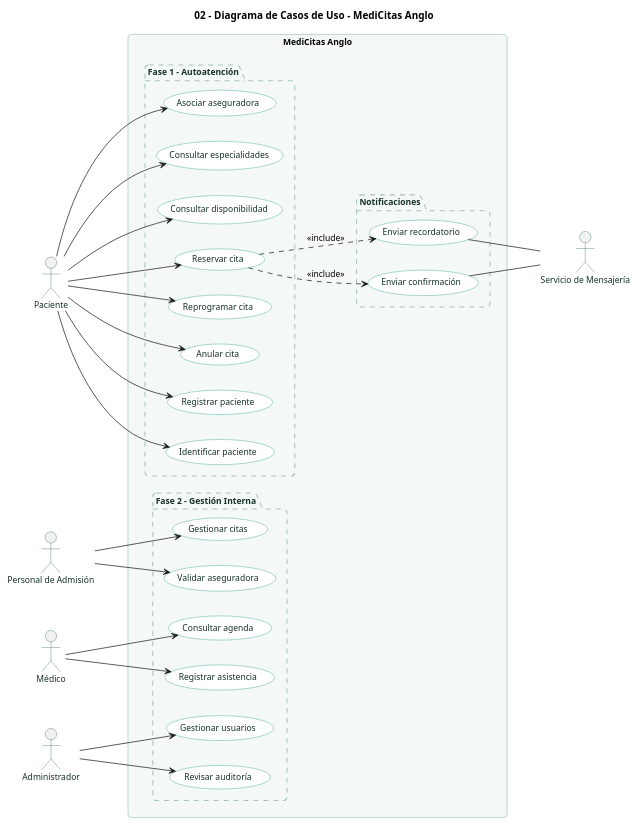
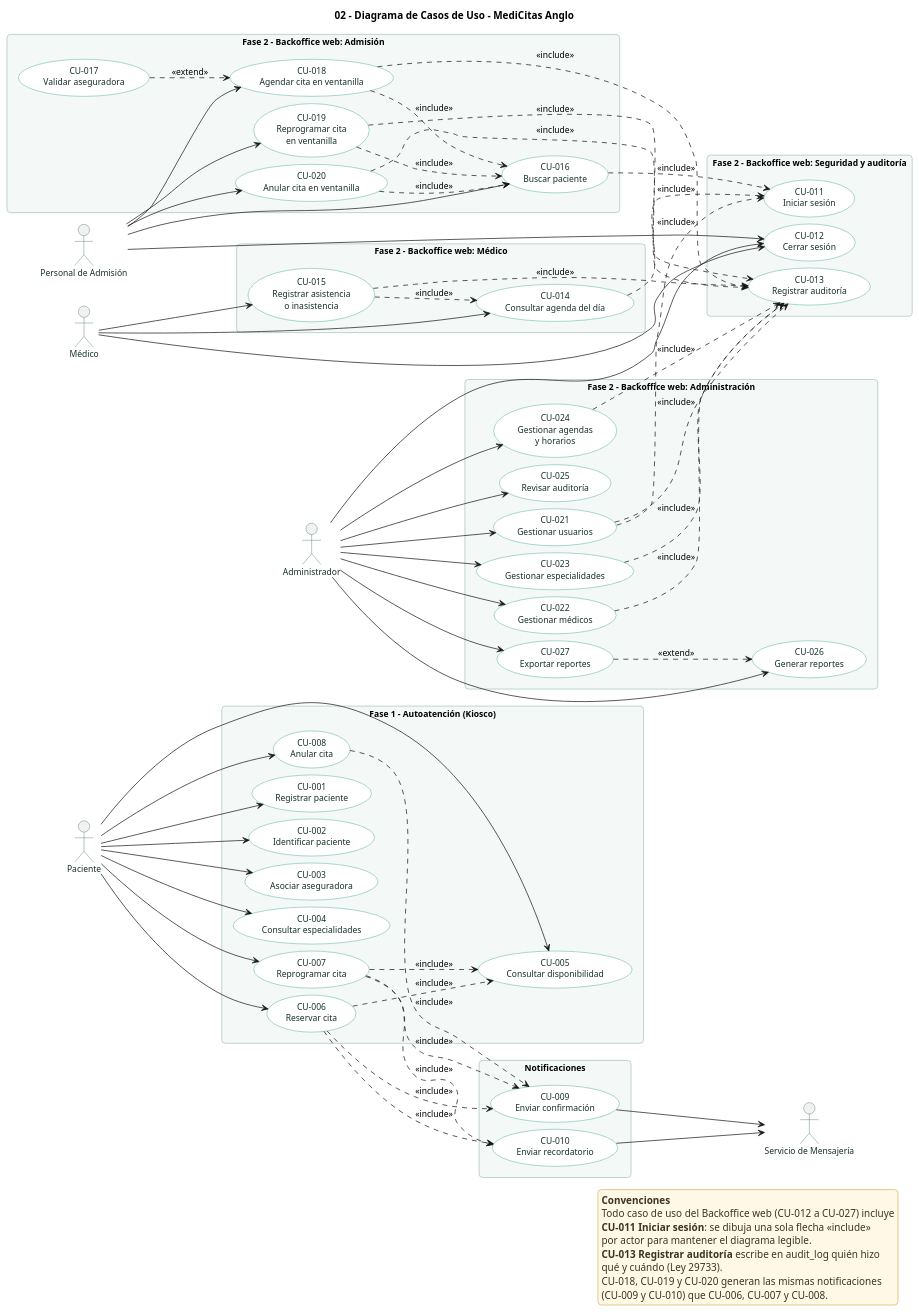
Before and after one commit to Jimena-CC/ProyectoCitasMedicas: the diagram in docs/diagrams/02-use-case-diagram.puml, drawn with PlantUML.

Commit message:
docs(diagrams): agregar identificadores CU y casos de uso del backoffice
Cada caso de uso lleva CU-001 a CU-027, el Administrador se conecta a
todos sus casos de uso y se agregan los de seguridad, médico y admisión
con relaciones include/extend.

```diff
--- a/docs/diagrams/02-use-case-diagram.puml
+++ b/docs/diagrams/02-use-case-diagram.puml
@@ -1,87 +1,177 @@
 @startuml
 title 02 - Diagrama de Casos de Uso - MediCitas Anglo
 
 left to right direction
 
 skinparam shadowing false
 skinparam roundCorner 10
 skinparam defaultFontName "Helvetica"
 skinparam defaultFontSize 12
+skinparam nodesep 10
+skinparam ranksep 60
+skinparam packageStyle rectangle
 
 skinparam actor {
   BorderColor #2F5D56
   FontColor #17302B
 }
 
 skinparam usecase {
   BackgroundColor #FFFFFF
   BorderColor #13917D
   FontColor #17302B
 }
 
 skinparam package {
   BackgroundColor #F4F8F7
   BorderColor #A9C4BD
   FontColor #17302B
   BorderStyle dashed
 }
 
-rectangle "MediCitas Anglo" {
-
-  package "Fase 1 - Autoatención" {
-    usecase "Registrar paciente" as UC01
-    usecase "Identificar paciente" as UC02
-    usecase "Asociar aseguradora" as UC03
-    usecase "Consultar especialidades" as UC04
-    usecase "Consultar disponibilidad" as UC05
-    usecase "Reservar cita" as UC06
-    usecase "Reprogramar cita" as UC07
-    usecase "Anular cita" as UC08
-  }
-
-  package "Fase 2 - Gestión Interna" {
-    usecase "Gestionar citas" as UC11
-    usecase "Validar aseguradora" as UC12
-    usecase "Consultar agenda" as UC13
-    usecase "Registrar asistencia" as UC14
-    usecase "Gestionar usuarios" as UC15
-    usecase "Revisar auditoría" as UC16
-  }
-
-  package "Notificaciones" {
-    usecase "Enviar confirmación" as UC09
-    usecase "Enviar recordatorio" as UC10
-  }
+skinparam legend {
+  BackgroundColor #FFF8E6
+  BorderColor #D9B45A
+  FontColor #3D3321
 }
 
-actor Paciente
+' ---------------------------------------------------------------
+' Actores (los internos usan el Backoffice web; el Paciente, el Kiosco)
+' ---------------------------------------------------------------
+actor Paciente as Paciente
 actor "Personal de Admisión" as Admision
-actor Médico
-actor Administrador
+actor Médico as Medico
+actor Administrador as Admin
 actor "Servicio de Mensajería" as Mensajeria
 
+' ---------------------------------------------------------------
+' Casos de uso
+' ---------------------------------------------------------------
+package "Fase 1 - Autoatención (Kiosco)" {
+  usecase "CU-001\nRegistrar paciente" as UC01
+  usecase "CU-002\nIdentificar paciente" as UC02
+  usecase "CU-003\nAsociar aseguradora" as UC03
+  usecase "CU-004\nConsultar especialidades" as UC04
+  usecase "CU-005\nConsultar disponibilidad" as UC05
+  usecase "CU-006\nReservar cita" as UC06
+  usecase "CU-007\nReprogramar cita" as UC07
+  usecase "CU-008\nAnular cita" as UC08
+}
+
+package "Notificaciones" {
+  usecase "CU-009\nEnviar confirmación" as UC09
+  usecase "CU-010\nEnviar recordatorio" as UC10
+}
+
+package "Fase 2 - Backoffice web: Admisión" {
+  usecase "CU-016\nBuscar paciente" as UC16
+  usecase "CU-017\nValidar aseguradora" as UC17
+  usecase "CU-018\nAgendar cita en ventanilla" as UC18
+  usecase "CU-019\nReprogramar cita\nen ventanilla" as UC19
+  usecase "CU-020\nAnular cita en ventanilla" as UC20
+}
+
+package "Fase 2 - Backoffice web: Seguridad y auditoría" {
+  usecase "CU-011\nIniciar sesión" as UC11
+  usecase "CU-012\nCerrar sesión" as UC12
+  usecase "CU-013\nRegistrar auditoría" as UC13
+}
+
+package "Fase 2 - Backoffice web: Médico" {
+  usecase "CU-014\nConsultar agenda del día" as UC14
+  usecase "CU-015\nRegistrar asistencia\no inasistencia" as UC15
+}
+
+package "Fase 2 - Backoffice web: Administración" {
+  usecase "CU-021\nGestionar usuarios" as UC21
+  usecase "CU-022\nGestionar médicos" as UC22
+  usecase "CU-023\nGestionar especialidades" as UC23
+  usecase "CU-024\nGestionar agendas\ny horarios" as UC24
+  usecase "CU-025\nRevisar auditoría" as UC25
+  usecase "CU-026\nGenerar reportes" as UC26
+  usecase "CU-027\nExportar reportes" as UC27
+}
+
+' ---------------------------------------------------------------
+' Paciente (Fase 1, Kiosco)
+' ---------------------------------------------------------------
 Paciente --> UC01
 Paciente --> UC02
 Paciente --> UC03
 Paciente --> UC04
 Paciente --> UC05
 Paciente --> UC06
 Paciente --> UC07
 Paciente --> UC08
 
+UC06 ..> UC05 : <<include>>
+UC07 ..> UC05 : <<include>>
 UC06 ..> UC09 : <<include>>
 UC06 ..> UC10 : <<include>>
+UC07 ..> UC09 : <<include>>
+UC07 ..> UC10 : <<include>>
+UC08 ..> UC09 : <<include>>
 
-Admision --> UC11
+UC09 --> Mensajeria
+UC10 --> Mensajeria
+
+' ---------------------------------------------------------------
+' Personal de Admisión (Fase 2, Backoffice web)
+' ---------------------------------------------------------------
+Admision --> UC16
+Admision --> UC18
+Admision --> UC19
+Admision --> UC20
 Admision --> UC12
 
-Médico --> UC13
-Médico --> UC14
+UC16 ..> UC11 : <<include>>
+UC18 ..> UC16 : <<include>>
+UC19 ..> UC16 : <<include>>
+UC20 ..> UC16 : <<include>>
+UC17 ..> UC18 : <<extend>>
+UC18 ..> UC13 : <<include>>
+UC19 ..> UC13 : <<include>>
+UC20 ..> UC13 : <<include>>
 
-Administrador --> UC15
-Administrador --> UC16
+' ---------------------------------------------------------------
+' Médico (Fase 2, Backoffice web)
+' ---------------------------------------------------------------
+Medico --> UC14
+Medico --> UC15
+Medico --> UC12
 
-UC09 -- Mensajeria
-UC10 -- Mensajeria
+UC14 ..> UC11 : <<include>>
+UC15 ..> UC14 : <<include>>
+UC15 ..> UC13 : <<include>>
+
+' ---------------------------------------------------------------
+' Administrador (Fase 2, Backoffice web)
+' ---------------------------------------------------------------
+Admin --> UC21
+Admin --> UC22
+Admin --> UC23
+Admin --> UC24
+Admin --> UC25
+Admin --> UC26
+Admin --> UC27
+Admin --> UC12
+
+UC21 ..> UC11 : <<include>>
+UC21 ..> UC13 : <<include>>
+UC22 ..> UC13 : <<include>>
+UC23 ..> UC13 : <<include>>
+UC24 ..> UC13 : <<include>>
+UC27 ..> UC26 : <<extend>>
+
+legend right
+  <b>Convenciones</b>
+  Todo caso de uso del Backoffice web (CU-012 a CU-027) incluye
+  <b>CU-011 Iniciar sesión</b>: se dibuja una sola flecha <<include>>
+  por actor para mantener el diagrama legible.
+  <b>CU-013 Registrar auditoría</b> escribe en audit_log quién hizo
+  qué y cuándo (Ley 29733).
+  CU-018, CU-019 y CU-020 generan las mismas notificaciones
+  (CU-009 y CU-010) que CU-006, CU-007 y CU-008.
+endlegend
 
 @enduml
```
